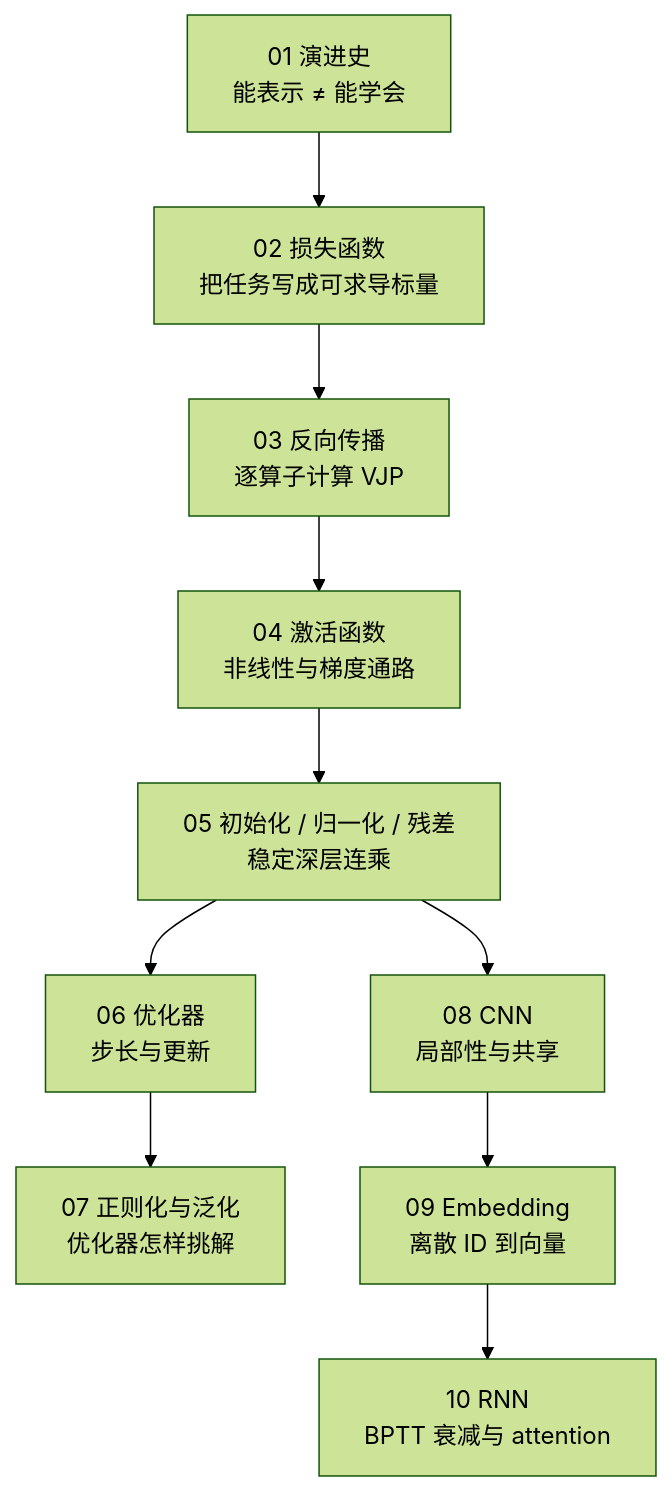
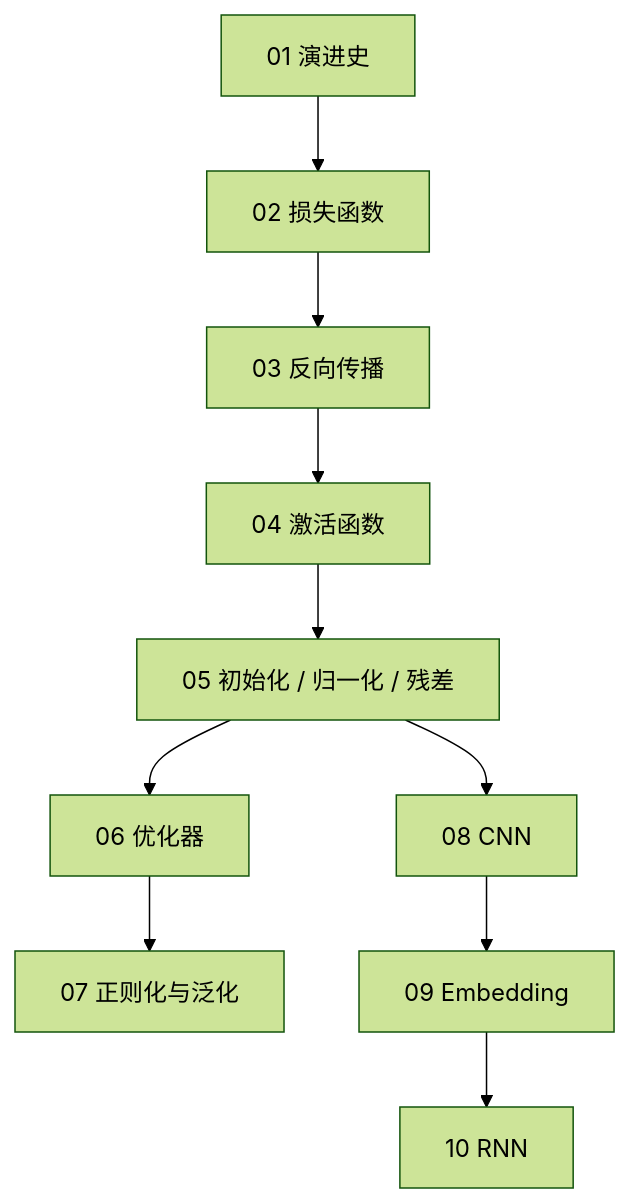
One commit to arganzheng/arganzheng.github.com changed the diagram in slides/2026-03-29-deep-learning-foundations.md. Above: the diagram before and after it, drawn with Mermaid (forest theme). The commit also changed other lines of this file, not shown here.

Commit message:
slides(2026-03-29-deep-learning-foundations): 图内文字 ≥14px——标签缩短/拆分/Unicode 数学

````diff
--- a/slides/2026-03-29-deep-learning-foundations.md
+++ b/slides/2026-03-29-deep-learning-foundations.md
@@ -42,8 +42,8 @@
 ```mermaid
 %%{init: {"flowchart": {"wrappingWidth": 190}}}%%
 flowchart TB
-    A["01 演进史<br/>能表示 ≠ 能学会"] --> B["02 损失函数<br/>把任务写成可求导标量"] --> C["03 反向传播<br/>逐算子计算 VJP"]
-    C --> D["04 激活函数<br/>非线性与梯度通路"] --> E["05 初始化 / 归一化 / 残差<br/>稳定深层连乘"] --> F["06 优化器<br/>步长与更新"]
-    F --> G["07 正则化与泛化<br/>优化器怎样挑解"]
-    E --> H["08 CNN<br/>局部性与共享"] --> I["09 Embedding<br/>离散 ID 到向量"] --> J["10 RNN<br/>BPTT 衰减与 attention"]
+    A["01 演进史"] --> B["02 损失函数"] --> C["03 反向传播"]
+    C --> D["04 激活函数"] --> E["05 初始化 / 归一化 / 残差"] --> F["06 优化器"]
+    F --> G["07 正则化与泛化"]
+    E --> H["08 CNN"] --> I["09 Embedding"] --> J["10 RNN"]
 ```
````
